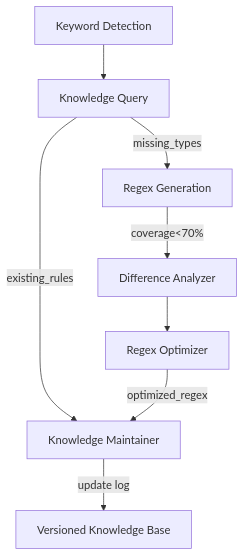
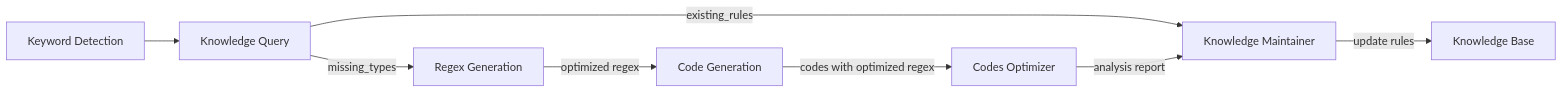
Before and after one commit to Noah4Puppy/LogParserX: the diagram in toDoList.md, drawn with Mermaid. The commit also changed other lines of this file and 29 other files, not shown here.

````diff
--- a/toDoList.md
+++ b/toDoList.md
@@ -83,10 +95,10 @@
 ```mermaid
-graph TD    
-A[Keyword Detection] --> B[Knowledge Query]    
-B -->|existing_rules| F[Knowledge Maintainer]    
-B -->|missing_types| C[Regex Generation]    
-C -->|coverage<70%| D[Difference Analyzer]    
-D --> E[Regex Optimizer]    
-E -->|optimized_regex| F    
-F -->|update log| G[Versioned Knowledge Base]
+graph LR
+    A[Keyword Detection] --> B[Knowledge Query]
+    B -->|existing_rules| F[Knowledge Maintainer]
+    B -->|missing_types| C[Regex Generation]
+    C -->|optimized regex| D[Code Generation]
+    D -->|codes with optimized regex| E[Codes Optimizer]
+    E -->|analysis report| F
+    F -->|update rules| G[Knowledge Base]
 ```
````
